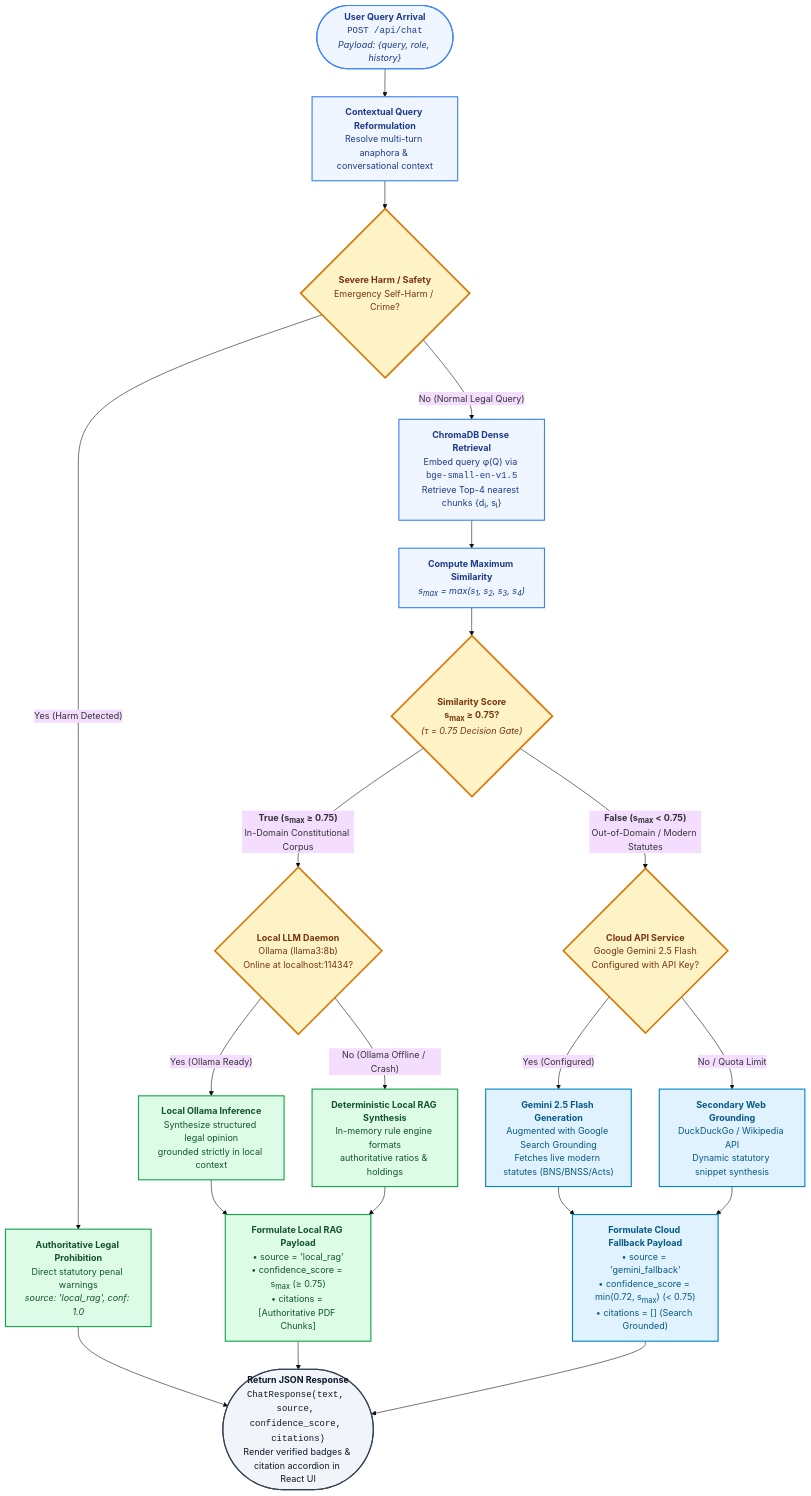
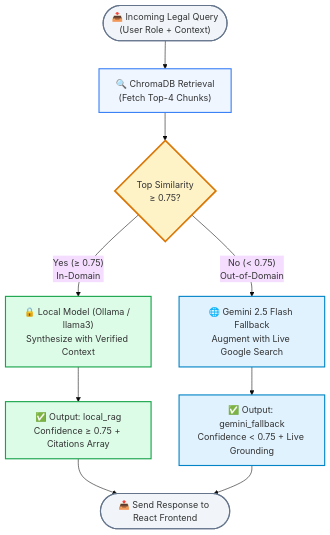
Before and after one commit to kramasrisurya/s2-legal-ai: the diagram in paper_figures/fig3_routing_flowchart.mmd, drawn with Mermaid (base theme). The commit also changed 6 other files, not shown here.

Commit message:
refactor(figures): simplify architectural diagrams and publication charts for clarity

```diff
--- a/paper_figures/fig3_routing_flowchart.mmd
+++ b/paper_figures/fig3_routing_flowchart.mmd
@@ -1,49 +1,27 @@
-%% Figure 3: Agentic Router Decision Flowchart with Decision Gate (tau = 0.75)
-%% Publication: Router-Based Agentic Retrieval-Augmented Generation for Jurisprudential Reasoning
+%% Figure 3: Agentic Router Decision Flowchart
 flowchart TD
-    Start(["<b>User Query Arrival</b><br/><code>POST /api/chat</code><br/><i>Payload: {query, role, history}</i>"]) --> HistoryResolution["<b>Contextual Query Reformulation</b><br/>Resolve multi-turn anaphora & conversational context"]
+    Query(["📥 Incoming Legal Query<br/>(User Role + Context)"]) --> Search["🔍 ChromaDB Retrieval<br/>(Fetch Top-4 Chunks)"]
+    Search --> Decision{"Top Similarity<br/>&ge; 0.75?"}
+    
+    %% Local Path
+    Decision -->|"Yes (&ge; 0.75)<br/>In-Domain"| Local["🔒 Local Model (Ollama / llama3)<br/>Synthesize with Verified Context"]
+    Local --> LocalOutput["✅ Output: local_rag<br/>Confidence &ge; 0.75 + Citations Array"]
+    
+    %% Cloud Path
+    Decision -->|"No (< 0.75)<br/>Out-of-Domain"| Cloud["🌐 Gemini 2.5 Flash Fallback<br/>Augment with Live Google Search"]
+    Cloud --> CloudOutput["✅ Output: gemini_fallback<br/>Confidence < 0.75 + Live Grounding"]
+    
+    LocalOutput --> Return(["📤 Send Response to React Frontend"])
+    CloudOutput --> Return
 
-    HistoryResolution --> SafetyCheck{"<b>Severe Harm / Safety</b><br/>Emergency Self-Harm / Crime?"}
-    SafetyCheck -->|"Yes (Harm Detected)"| SafetyResponse["<b>Authoritative Legal Prohibition</b><br/>Direct statutory penal warnings<br/><i>source: 'local_rag', conf: 1.0</i>"]
-    SafetyCheck -->|"No (Normal Legal Query)"| DenseRetrieval["<b>ChromaDB Dense Retrieval</b><br/>Embed query &phi;(Q) via <code>bge-small-en-v1.5</code><br/>Retrieve Top-4 nearest chunks {d<sub>i</sub>, s<sub>i</sub>}"]
-
-    DenseRetrieval --> CalcTopScore["<b>Compute Maximum Similarity</b><br/><i>s<sub>max</sub> = max(s<sub>1</sub>, s<sub>2</sub>, s<sub>3</sub>, s<sub>4</sub>)</i>"]
-
-    CalcTopScore --> DecisionGate{"<b>Similarity Score<br/>s<sub>max</sub> &ge; 0.75?</b><br/><i>(&tau; = 0.75 Decision Gate)</i>"}
-
-    %% True Branch (In-Domain Local Inference)
-    DecisionGate -->|"<b>True (s<sub>max</sub> &ge; 0.75)</b><br/>In-Domain Constitutional Corpus"| OllamaCheck{"<b>Local LLM Daemon</b><br/>Ollama (llama3:8b)<br/>Online at localhost:11434?"}
+    classDef query fill:#f1f5f9,stroke:#64748b,stroke-width:2px;
+    classDef step fill:#eff6ff,stroke:#3b82f6,stroke-width:2px;
+    classDef gate fill:#fef3c7,stroke:#d97706,stroke-width:3px;
+    classDef local fill:#dcfce7,stroke:#16a34a,stroke-width:2px;
+    classDef cloud fill:#e0f2fe,stroke:#0284c7,stroke-width:2px;
     
-    OllamaCheck -->|"Yes (Ollama Ready)"| OllamaInference["<b>Local Ollama Inference</b><br/>Synthesize structured legal opinion<br/>grounded strictly in local context"]
-    OllamaCheck -->|"No (Ollama Offline / Crash)"| LocalSynthesisFallback["<b>Deterministic Local RAG Synthesis</b><br/>In-memory rule engine formats<br/>authoritative ratios & holdings"]
-
-    OllamaInference --> LocalPayload["<b>Formulate Local RAG Payload</b><br/>&bull; source = 'local_rag'<br/>&bull; confidence_score = s<sub>max</sub> (&ge; 0.75)<br/>&bull; citations = [Authoritative PDF Chunks]"]
-    LocalSynthesisFallback --> LocalPayload
-
-    %% False Branch (Out-of-Domain Cloud Grounding)
-    DecisionGate -->|"<b>False (s<sub>max</sub> < 0.75)</b><br/>Out-of-Domain / Modern Statutes"| GeminiCheck{"<b>Cloud API Service</b><br/>Google Gemini 2.5 Flash<br/>Configured with API Key?"}
-
-    GeminiCheck -->|"Yes (Configured)"| GeminiInference["<b>Gemini 2.5 Flash Generation</b><br/>Augmented with Google Search Grounding<br/>Fetches live modern statutes (BNS/BNSS/Acts)"]
-    GeminiCheck -->|"No / Quota Limit"| WebSearchFallback["<b>Secondary Web Grounding</b><br/>DuckDuckGo / Wikipedia API<br/>Dynamic statutory snippet synthesis"]
-
-    GeminiInference --> CloudPayload["<b>Formulate Cloud Fallback Payload</b><br/>&bull; source = 'gemini_fallback'<br/>&bull; confidence_score = min(0.72, s<sub>max</sub>) (< 0.75)<br/>&bull; citations = [] (Search Grounded)"]
-    WebSearchFallback --> CloudPayload
-
-    %% Merge to Return
-    SafetyResponse --> ReturnClient(["<b>Return JSON Response</b><br/><code>ChatResponse(text, source, confidence_score, citations)</code><br/>Render verified badges & citation accordion in React UI"])
-    LocalPayload --> ReturnClient
-    CloudPayload --> ReturnClient
-
-    %% Styling
-    classDef startStyle fill:#e2e8f0,stroke:#475569,stroke-width:2px,color:#0f172a;
-    classDef processStyle fill:#eff6ff,stroke:#3b82f6,stroke-width:2px,color:#1e3a8a;
-    classDef decisionStyle fill:#fef3c7,stroke:#d97706,stroke-width:3px,color:#78350f;
-    classDef localStyle fill:#dcfce7,stroke:#16a34a,stroke-width:2px,color:#14532d;
-    classDef cloudStyle fill:#e0f2fe,stroke:#0284c7,stroke-width:2px,color:#075985;
-    classDef endStyle fill:#f1f5f9,stroke:#334155,stroke-width:2px,color:#0f172a;
-
-    class Start,HistoryResolution,DenseRetrieval,CalcTopScore processStyle;
-    class DecisionGate,SafetyCheck,OllamaCheck,GeminiCheck decisionStyle;
-    class OllamaInference,LocalSynthesisFallback,LocalPayload,SafetyResponse localStyle;
-    class GeminiInference,WebSearchFallback,CloudPayload cloudStyle;
-    class ReturnClient endStyle;
+    class Query,Return query;
+    class Search step;
+    class Decision gate;
+    class Local,LocalOutput local;
+    class Cloud,CloudOutput cloud;
```
